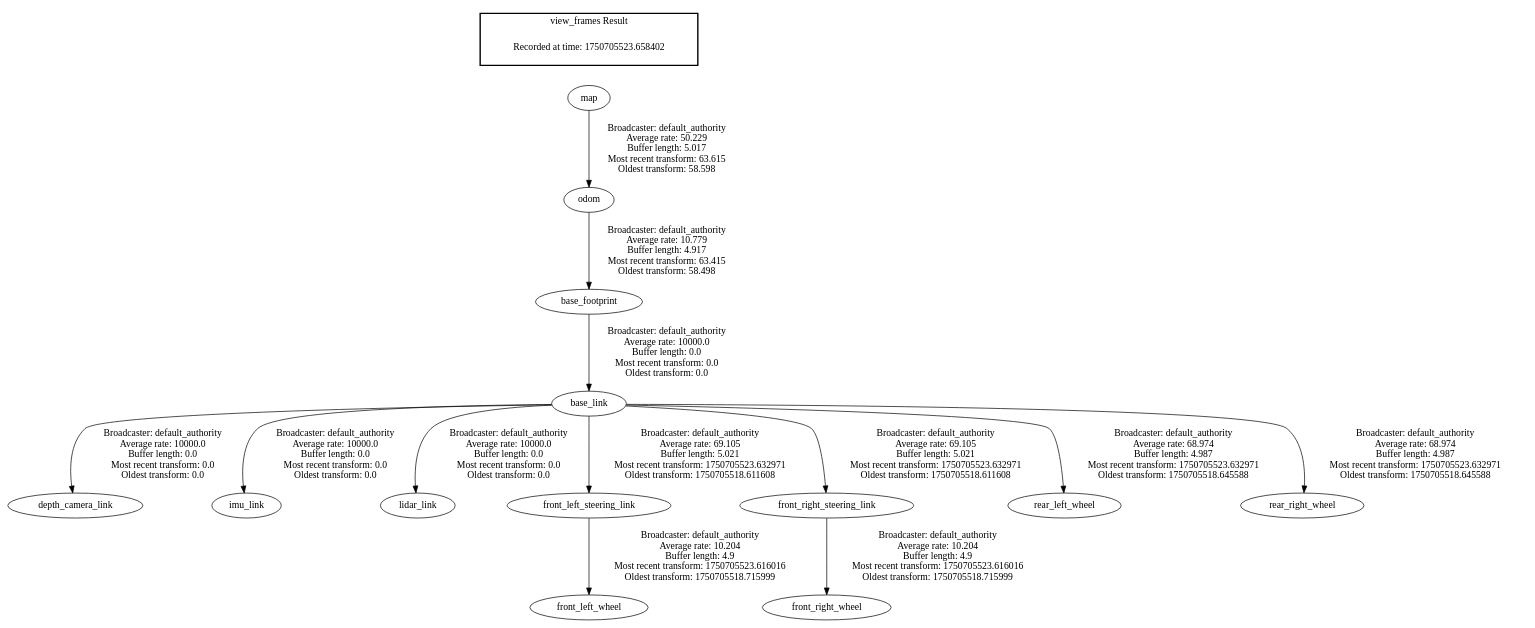
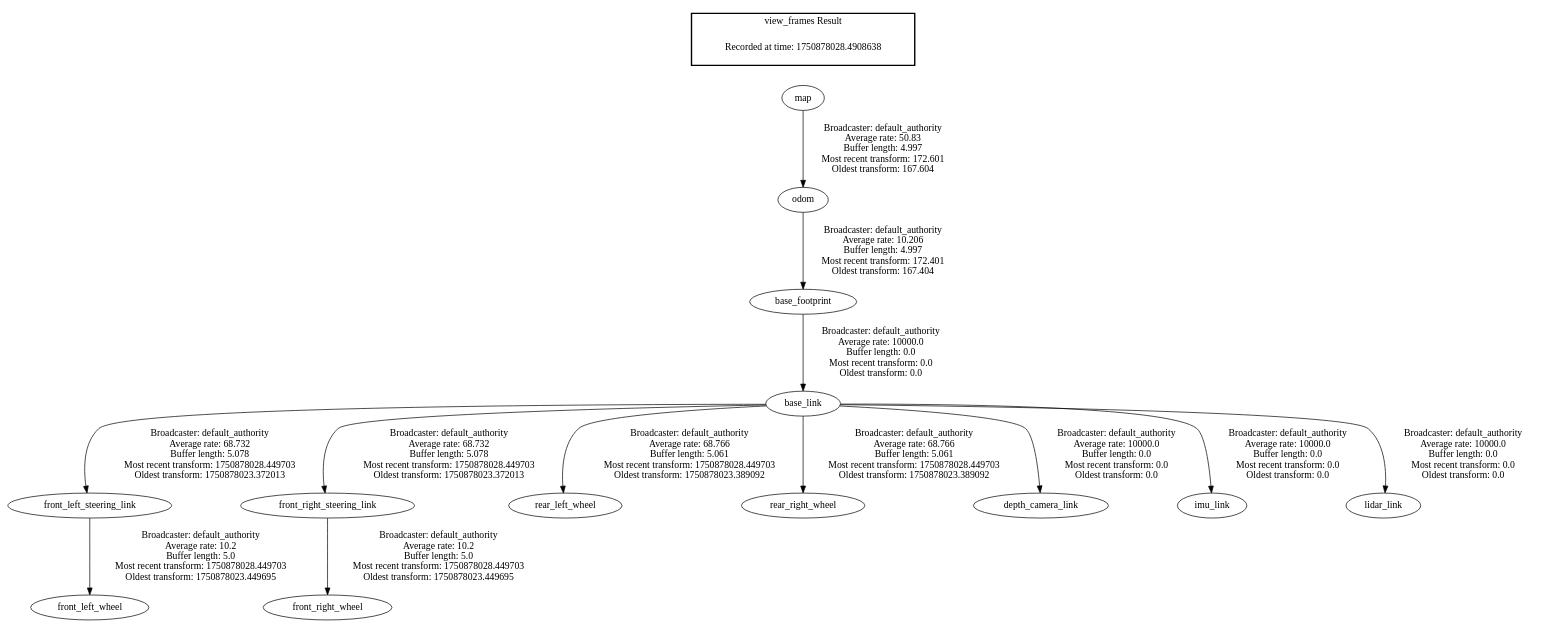
The diagram in frames.gv (fenix-hub/mobile-robotics), drawn with Graphviz before and after one commit. The commit also changed 17 other files, not shown here.

```diff
--- a/frames.gv
+++ b/frames.gv
@@ -1,18 +1,18 @@
 digraph G {
-"map" -> "odom"[label=" Broadcaster: default_authority\nAverage rate: 50.229\nBuffer length: 5.017\nMost recent transform: 63.615\nOldest transform: 58.598\n"];
+"base_link" -> "front_left_steering_link"[label=" Broadcaster: default_authority\nAverage rate: 68.732\nBuffer length: 5.078\nMost recent transform: 1750878028.449703\nOldest transform: 1750878023.372013\n"];
 "base_footprint" -> "base_link"[label=" Broadcaster: default_authority\nAverage rate: 10000.0\nBuffer length: 0.0\nMost recent transform: 0.0\nOldest transform: 0.0\n"];
-"odom" -> "base_footprint"[label=" Broadcaster: default_authority\nAverage rate: 10.779\nBuffer length: 4.917\nMost recent transform: 63.415\nOldest transform: 58.498\n"];
+"base_link" -> "front_right_steering_link"[label=" Broadcaster: default_authority\nAverage rate: 68.732\nBuffer length: 5.078\nMost recent transform: 1750878028.449703\nOldest transform: 1750878023.372013\n"];
+"base_link" -> "rear_left_wheel"[label=" Broadcaster: default_authority\nAverage rate: 68.766\nBuffer length: 5.061\nMost recent transform: 1750878028.449703\nOldest transform: 1750878023.389092\n"];
+"base_link" -> "rear_right_wheel"[label=" Broadcaster: default_authority\nAverage rate: 68.766\nBuffer length: 5.061\nMost recent transform: 1750878028.449703\nOldest transform: 1750878023.389092\n"];
+"front_left_steering_link" -> "front_left_wheel"[label=" Broadcaster: default_authority\nAverage rate: 10.2\nBuffer length: 5.0\nMost recent transform: 1750878028.449703\nOldest transform: 1750878023.449695\n"];
+"front_right_steering_link" -> "front_right_wheel"[label=" Broadcaster: default_authority\nAverage rate: 10.2\nBuffer length: 5.0\nMost recent transform: 1750878028.449703\nOldest transform: 1750878023.449695\n"];
+"map" -> "odom"[label=" Broadcaster: default_authority\nAverage rate: 50.83\nBuffer length: 4.997\nMost recent transform: 172.601\nOldest transform: 167.604\n"];
+"odom" -> "base_footprint"[label=" Broadcaster: default_authority\nAverage rate: 10.206\nBuffer length: 4.997\nMost recent transform: 172.401\nOldest transform: 167.404\n"];
 "base_link" -> "depth_camera_link"[label=" Broadcaster: default_authority\nAverage rate: 10000.0\nBuffer length: 0.0\nMost recent transform: 0.0\nOldest transform: 0.0\n"];
 "base_link" -> "imu_link"[label=" Broadcaster: default_authority\nAverage rate: 10000.0\nBuffer length: 0.0\nMost recent transform: 0.0\nOldest transform: 0.0\n"];
 "base_link" -> "lidar_link"[label=" Broadcaster: default_authority\nAverage rate: 10000.0\nBuffer length: 0.0\nMost recent transform: 0.0\nOldest transform: 0.0\n"];
-"base_link" -> "front_left_steering_link"[label=" Broadcaster: default_authority\nAverage rate: 69.105\nBuffer length: 5.021\nMost recent transform: 1750705523.632971\nOldest transform: 1750705518.611608\n"];
-"base_link" -> "front_right_steering_link"[label=" Broadcaster: default_authority\nAverage rate: 69.105\nBuffer length: 5.021\nMost recent transform: 1750705523.632971\nOldest transform: 1750705518.611608\n"];
-"base_link" -> "rear_left_wheel"[label=" Broadcaster: default_authority\nAverage rate: 68.974\nBuffer length: 4.987\nMost recent transform: 1750705523.632971\nOldest transform: 1750705518.645588\n"];
-"base_link" -> "rear_right_wheel"[label=" Broadcaster: default_authority\nAverage rate: 68.974\nBuffer length: 4.987\nMost recent transform: 1750705523.632971\nOldest transform: 1750705518.645588\n"];
-"front_left_steering_link" -> "front_left_wheel"[label=" Broadcaster: default_authority\nAverage rate: 10.204\nBuffer length: 4.9\nMost recent transform: 1750705523.616016\nOldest transform: 1750705518.715999\n"];
-"front_right_steering_link" -> "front_right_wheel"[label=" Broadcaster: default_authority\nAverage rate: 10.204\nBuffer length: 4.9\nMost recent transform: 1750705523.616016\nOldest transform: 1750705518.715999\n"];
 edge [style=invis];
  subgraph cluster_legend { style=bold; color=black; label ="view_frames Result";
-"Recorded at time: 1750705523.658402"[ shape=plaintext ] ;
+"Recorded at time: 1750878028.4908638"[ shape=plaintext ] ;
 }->"map";
 }
```
